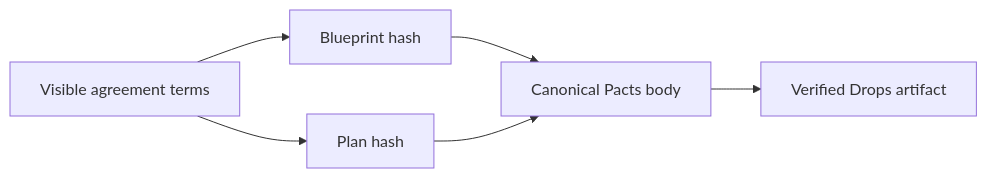
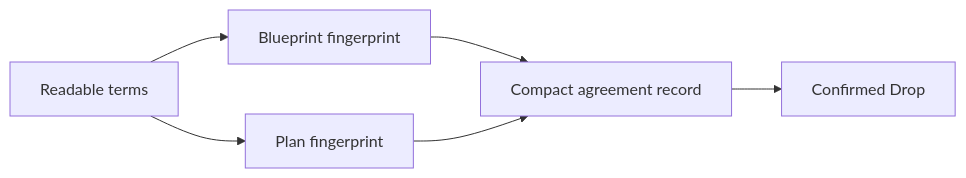
One commit to bitcoinuniverseio/drops-protocol-docs changed the diagram in protocol/pacts-studio-reference.md. Above: the diagram before and after it, drawn with Mermaid. The commit also changed other lines of this file and 4 other files, not shown here.

````diff
--- a/protocol/pacts-studio-reference.md
+++ b/protocol/pacts-studio-reference.md
@@ -5,8 +9,8 @@
 ```mermaid
 flowchart LR
-  A[Visible agreement terms] --> B[Blueprint hash]
-  A --> C[Plan hash]
-  B --> D[Canonical Pacts body]
+  A[Readable terms] --> B[Blueprint fingerprint]
+  A --> C[Plan fingerprint]
+  B --> D[Compact agreement record]
   C --> D
-  D --> E[Verified Drops artifact]
+  D --> E[Confirmed Drop]
 ```
````
